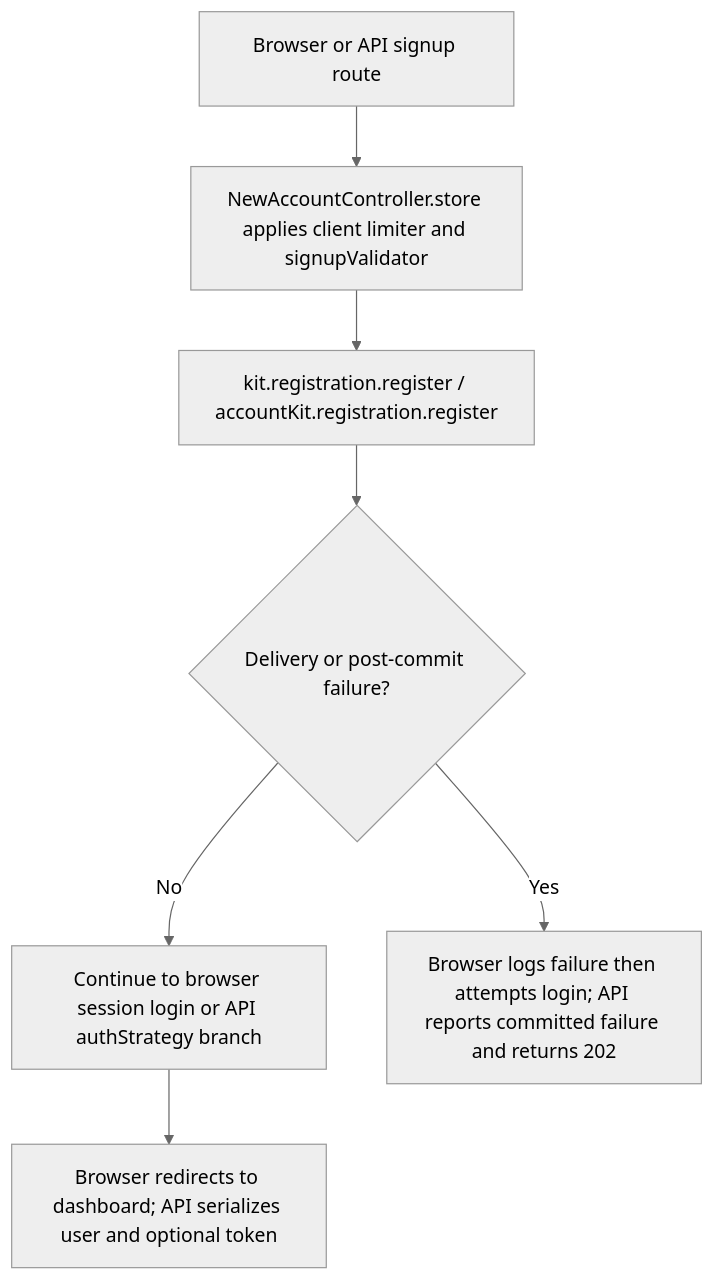
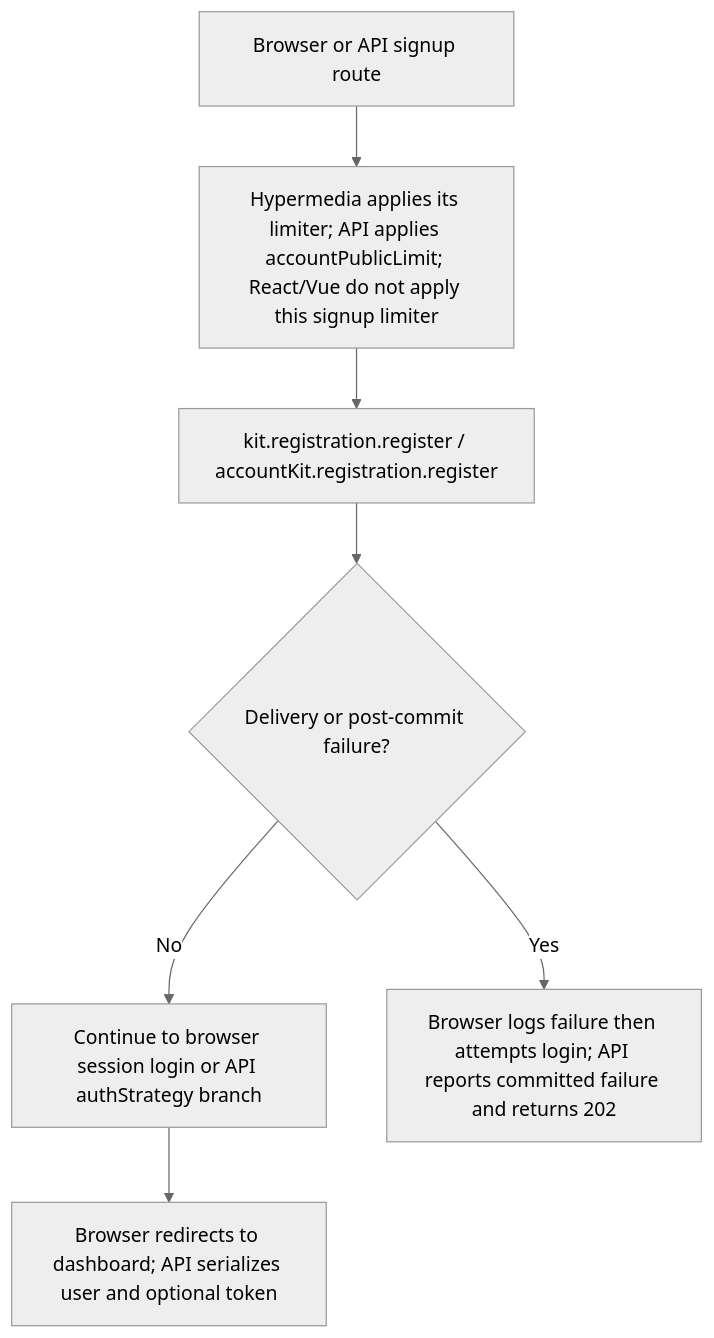
The second of 2 diagrams in user-stories/accounts/us-account-01-register.md (Kevinjohn/oss-adonisjs-starter-examples), drawn with Mermaid (neutral theme) before and after one commit. The commit also changed other lines of this file and 29 other files, not shown here.

````diff
--- a/user-stories/accounts/us-account-01-register.md
+++ b/user-stories/accounts/us-account-01-register.md
@@ -43,9 +43,9 @@
 ```mermaid
 flowchart TD
-    A["Browser or API signup route"] --> B["NewAccountController.store applies client limiter and signupValidator"]
+    A["Browser or API signup route"] --> B["Hypermedia applies its limiter; API applies accountPublicLimit; React/Vue do not apply this signup limiter"]
     B --> C["kit.registration.register / accountKit.registration.register"]
     C --> D{"Delivery or post-commit failure?"}
     D -->|No| E["Continue to browser session login or API authStrategy branch"]
     D -->|Yes| F["Browser logs failure then attempts login; API reports committed failure and returns 202"]
     E --> G["Browser redirects to dashboard; API serializes user and optional token"]
 ```
````
